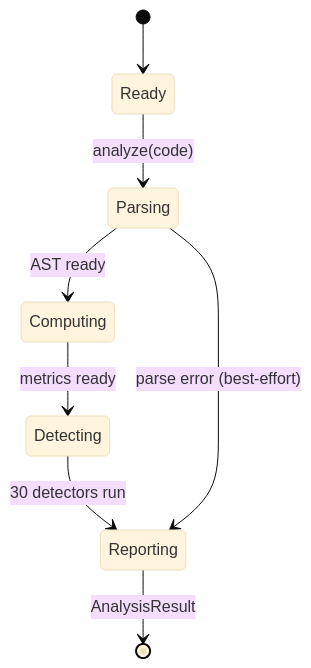
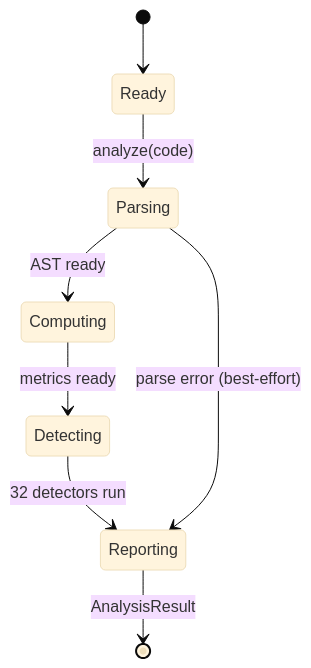
Before and after one commit to Anselmoo/mcp-zen-of-languages: the fourth of 4 diagrams in docs/user-guide/languages/python.md, drawn with Mermaid. The commit also changed other lines of this file and 14 other files, not shown here.

````diff
--- a/docs/user-guide/languages/python.md
+++ b/docs/user-guide/languages/python.md
@@ -606,11 +654,11 @@
     ```mermaid
     %%{init: {"theme": "base"}}%%
     stateDiagram-v2
         [*] --> Ready
         Ready --> Parsing : analyze(code)
         Parsing --> Computing : AST ready
         Computing --> Detecting : metrics ready
-        Detecting --> Reporting : 30 detectors run
+        Detecting --> Reporting : 32 detectors run
         Reporting --> [*] : AnalysisResult
         Parsing --> Reporting : parse error (best-effort)
     ```
````
